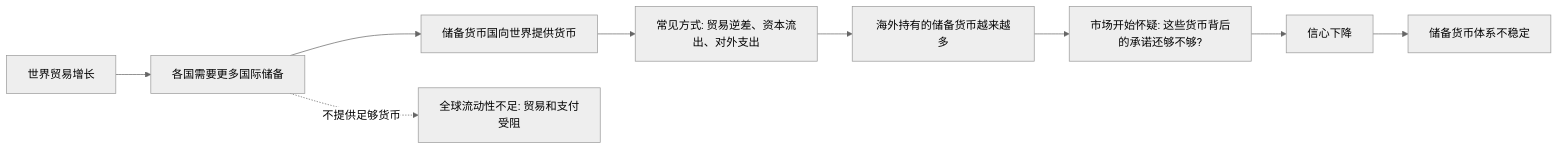
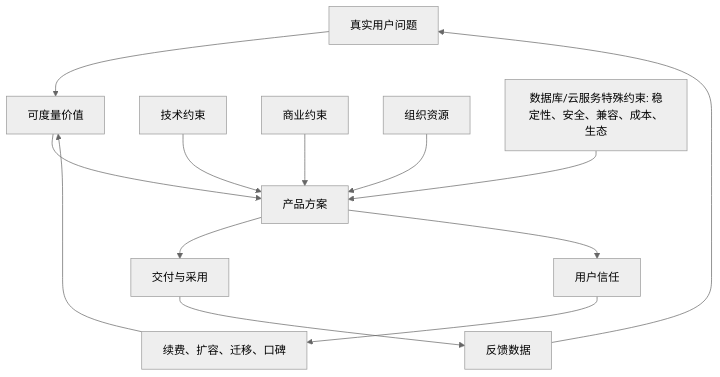
The diagram in 202605/20260517_01.md (digoal/blog), drawn with Mermaid (neutral theme) before and after one commit. The commit also changed other lines of this file and 20 other files, not shown here.

````diff
--- a/202605/20260517_01.md
+++ b/202605/20260517_01.md
@@ -23,11 +22,16 @@
 ```mermaid
-flowchart LR
-  A["世界贸易增长"] --> B["各国需要更多国际储备"]
-  B --> C["储备货币国向世界提供货币"]
-  C --> D["常见方式: 贸易逆差、资本流出、对外支出"]
-  D --> E["海外持有的储备货币越来越多"]
-  E --> F["市场开始怀疑: 这些货币背后的承诺还够不够?"]
-  F --> G["信心下降"]
-  G --> H["储备货币体系不稳定"]
-  B -. "不提供足够货币" .-> I["全球流动性不足: 贸易和支付受阻"]
+flowchart TD
+  A["真实用户问题"] --> B["可度量价值"]
+  B --> C["产品方案"]
+  D["技术约束"] --> C
+  E["商业约束"] --> C
+  F["组织资源"] --> C
+  C --> G["交付与采用"]
+  G --> H["反馈数据"]
+  H --> A
+
+  I["数据库/云服务特殊约束: 稳定性、安全、兼容、成本、生态"] --> C
+  C --> J["用户信任"]
+  J --> K["续费、扩容、迁移、口碑"]
+  K --> B
 ```
````
